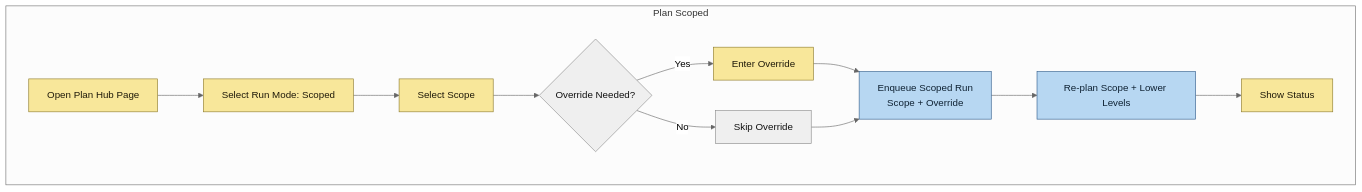
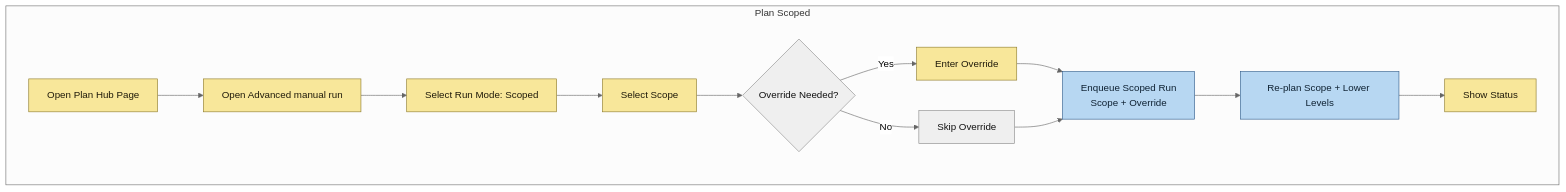
The fourth of 19 diagrams in doc/ui/flows.md (albauer-priv/RPS), drawn with Mermaid (neutral theme) before and after one commit. The commit also changed other lines of this file and 11 other files, not shown here.

Commit message:
refactor: simplify phase planning in plan hub

````diff
--- a/doc/ui/flows.md
+++ b/doc/ui/flows.md
@@ -182,19 +183,20 @@
 ```mermaid
 flowchart TD
     subgraph "Plan Scoped"
-        S1["Open Plan Hub Page"]:::page --> S2["Select Run Mode: Scoped"]:::page
-        S2 --> S3["Select Scope"]:::page
-        S3 --> S4{"Override Needed?"}:::step
-        S4 -- "Yes" --> S5["Enter Override"]:::page
-        S4 -- "No" --> S6["Skip Override"]:::step
-        S5 --> S7["Enqueue Scoped Run<br>Scope + Override"]:::orch
-        S6 --> S7
-        S7 --> S8["Re-plan Scope + Lower Levels"]:::orch
-        S8 --> S9["Show Status"]:::page
+        S1["Open Plan Hub Page"]:::page --> S2["Open Advanced manual run"]:::page
+        S2 --> S3["Select Run Mode: Scoped"]:::page
+        S3 --> S4["Select Scope"]:::page
+        S4 --> S5{"Override Needed?"}:::step
+        S5 -- "Yes" --> S6["Enter Override"]:::page
+        S5 -- "No" --> S7["Skip Override"]:::step
+        S6 --> S8["Enqueue Scoped Run<br>Scope + Override"]:::orch
+        S7 --> S8
+        S8 --> S9["Re-plan Scope + Lower Levels"]:::orch
+        S9 --> S10["Show Status"]:::page
     end
 
     classDef page fill:#f8e79a,stroke:#8c7a2b,stroke-width:1px,color:#1f1a0a;
     classDef orch fill:#b7d7f2,stroke:#2f5b8a,stroke-width:1px,color:#0f2233;
     classDef agent fill:#c9f2c7,stroke:#2f7a2a,stroke-width:1px,color:#10340f;
     classDef step fill:#efefef,stroke:#8a8a8a,stroke-width:1px,color:#111;
 ```
````
